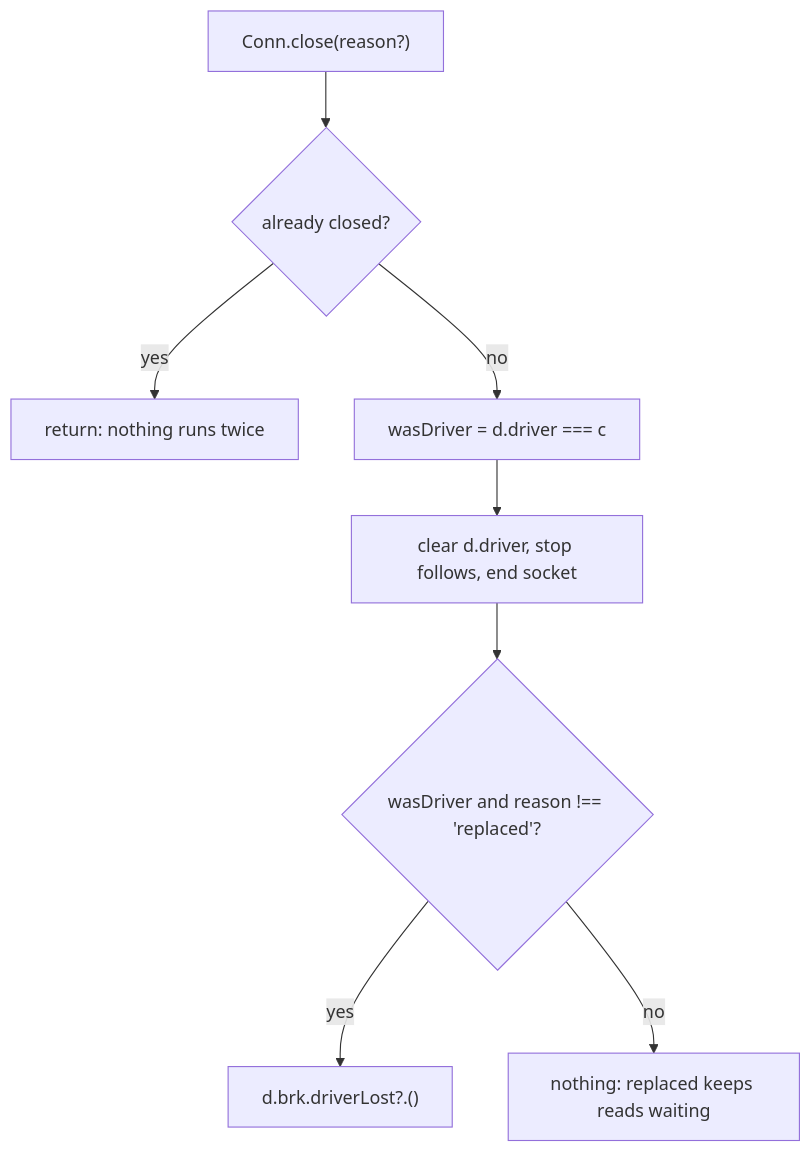
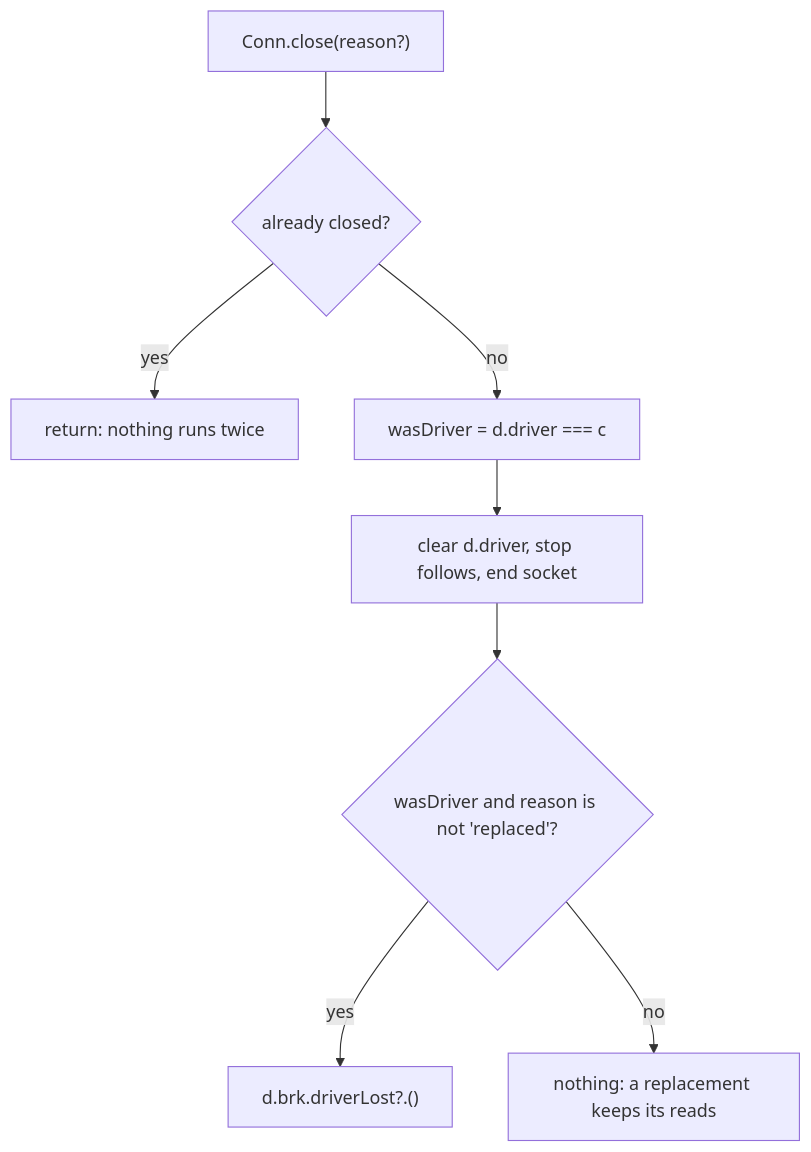
The diagram in designs/508/582/link.md (HJeon139/postbox), drawn with Mermaid before and after one commit. The commit also changed other lines of this file and 4 other files, not shown here.

````diff
--- a/designs/508/582/link.md
+++ b/designs/508/582/link.md
@@ -21,10 +14,10 @@
 ```mermaid
 flowchart TD
     A["Conn.close(reason?)"] --> B{"already closed?"}
     B -- yes --> Z["return: nothing runs twice"]
     B -- no --> C["wasDriver = d.driver === c"]
     C --> D["clear d.driver, stop follows, end socket"]
-    D --> E{"wasDriver and reason !== 'replaced'?"}
+    D --> E{"wasDriver and reason is not 'replaced'?"}
     E -- yes --> F["d.brk.driverLost?.()"]
-    E -- no --> G["nothing: replaced keeps reads waiting"]
+    E -- no --> G["nothing: a replacement keeps its reads"]
 ```
````
